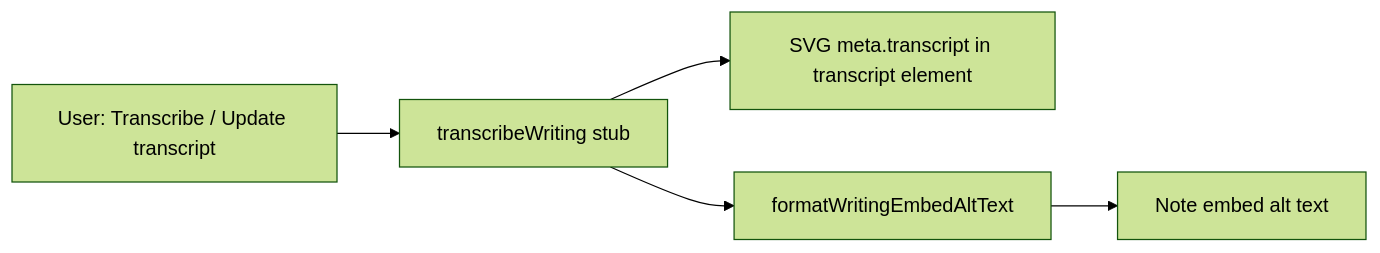
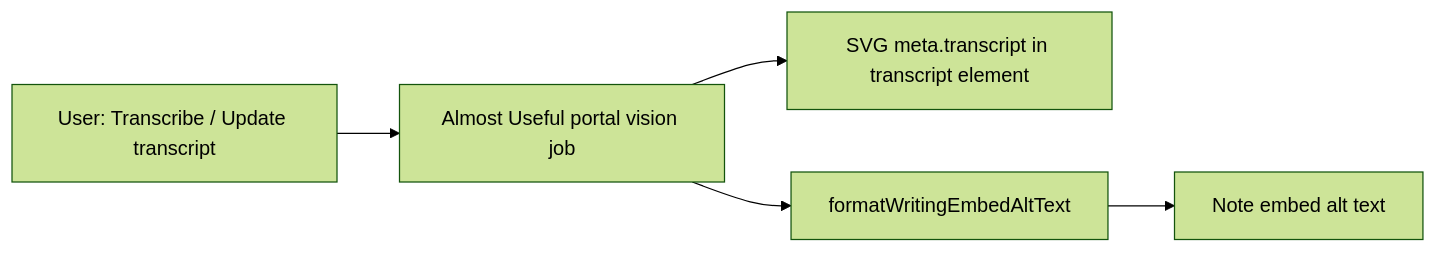
One commit to daledesilva/obsidian_ink changed the first of 2 diagrams in docs/writing-transcription.md. Above: the diagram before and after it, drawn with Mermaid (forest theme). The commit also changed other lines of this file and 22 other files, not shown here.

Commit message:
added: Wired production handwriting transcription to the Almost Useful portal with visual SVG, theme-aware opaque page backgrounds, and gemini-2.5-flash-lite. Kept the eval matrix and live test suite for model comparison without exposing variants in the UI.

````diff
--- a/docs/writing-transcription.md
+++ b/docs/writing-transcription.md
@@ -16,12 +18,12 @@
 ```mermaid
 flowchart LR
   User[User: Transcribe / Update transcript]
-  Stub[transcribeWriting stub]
+  Portal[Almost Useful portal vision job]
   Svg["SVG meta.transcript in transcript element"]
   Alt[formatWritingEmbedAltText]
   Note["Note embed alt text"]
-  User --> Stub
-  Stub --> Svg
-  Stub --> Alt
+  User --> Portal
+  Portal --> Svg
+  Portal --> Alt
   Alt --> Note
 ```
````
